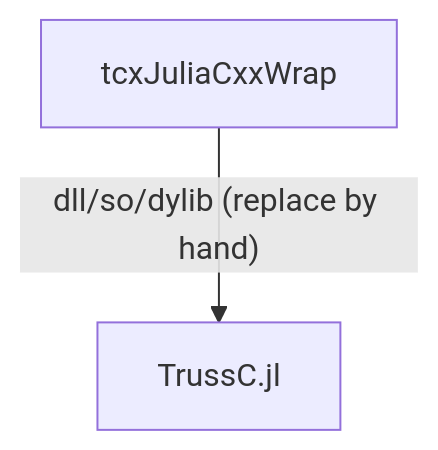
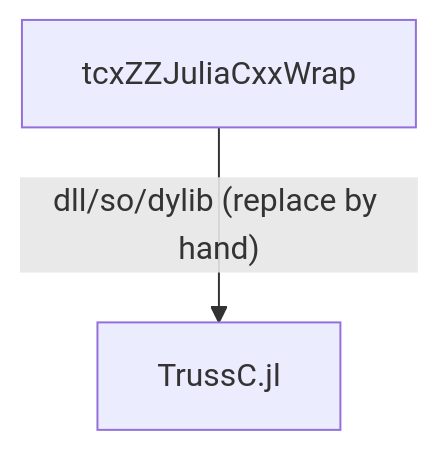
The second of 2 diagrams in docs/build_notes.md (funatsufumiya/TrussC.jl), drawn with Mermaid before and after one commit. The commit also changed other lines of this file, not shown here.

````diff
--- a/docs/build_notes.md
+++ b/docs/build_notes.md
@@ -25,4 +25,4 @@
 ```mermaid
 flowchart TD
-  tcxJuliaCxxWrap-->|"dll/so/dylib (replace by hand)"|TrussC.jl
+  tcxZZJuliaCxxWrap-->|"dll/so/dylib (replace by hand)"|TrussC.jl
 ```
````
